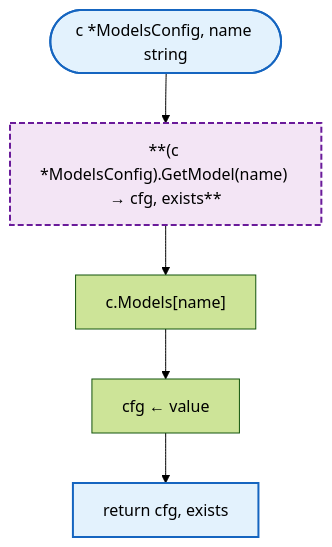
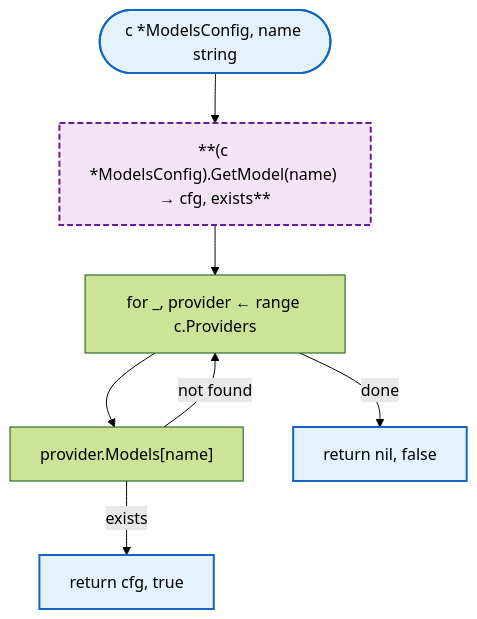
One commit to radch-ai/ava changed the second of 8 diagrams in docs/config/models.md. Above: the diagram before and after it, drawn with Mermaid (forest theme). The commit also changed other lines of this file and 8 other files, not shown here.

````diff
--- a/docs/config/models.md
+++ b/docs/config/models.md
@@ -69,13 +82,15 @@
 ```mermaid
 flowchart TB
     Start([c *ModelsConfig, name string]) --> HGetModel["**(c *ModelsConfig).GetModel(name) → cfg, exists**"]
-    HGetModel --> Lookup["c.Models[name]"]
-    Lookup --> Assign["cfg ← value"]
-    Assign --> Return["return cfg, exists"]
+    HGetModel --> Loop["for _, provider ← range c.Providers"]
+    Loop --> Lookup["provider.Models[name]"]
+    Lookup -->|exists| ReturnFound["return cfg, true"]
+    Lookup -->|not found| Loop
+    Loop -->|done| ReturnNotFound["return nil, false"]
 
     classDef mainFn fill:#e3f2fd,stroke:#1565c0,stroke-width:2px
     classDef internalFn fill:#f3e5f5,stroke:#6a1b9a,stroke-width:2px,stroke-dasharray:6 3
 
-    class Start,Return mainFn
+    class Start,ReturnFound,ReturnNotFound mainFn
     class HGetModel internalFn
 ```
````
